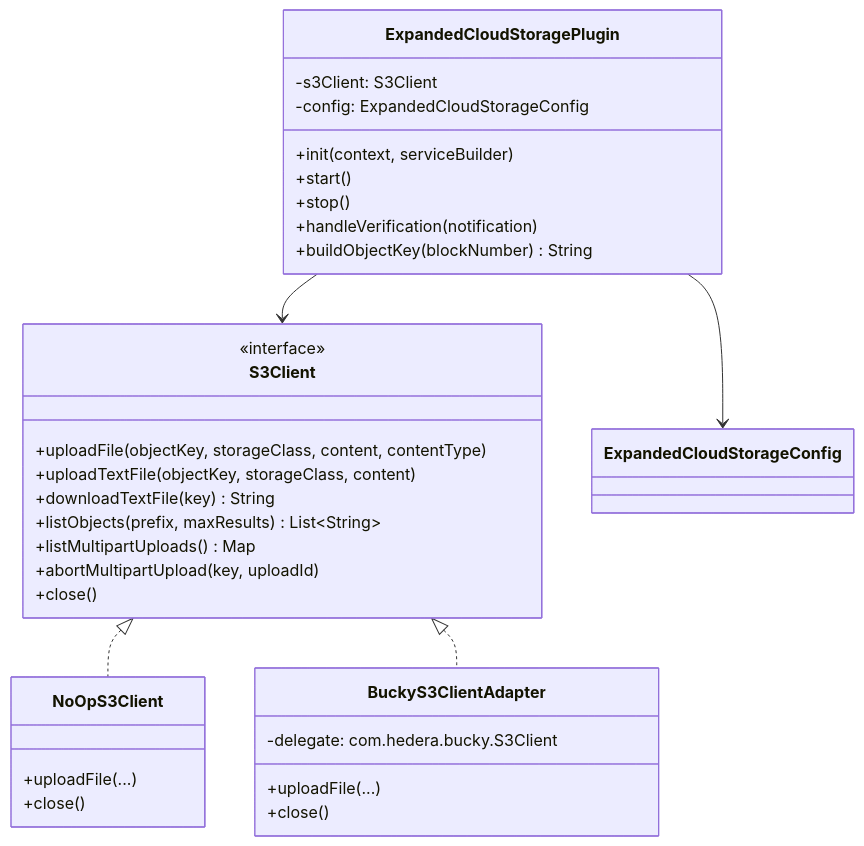
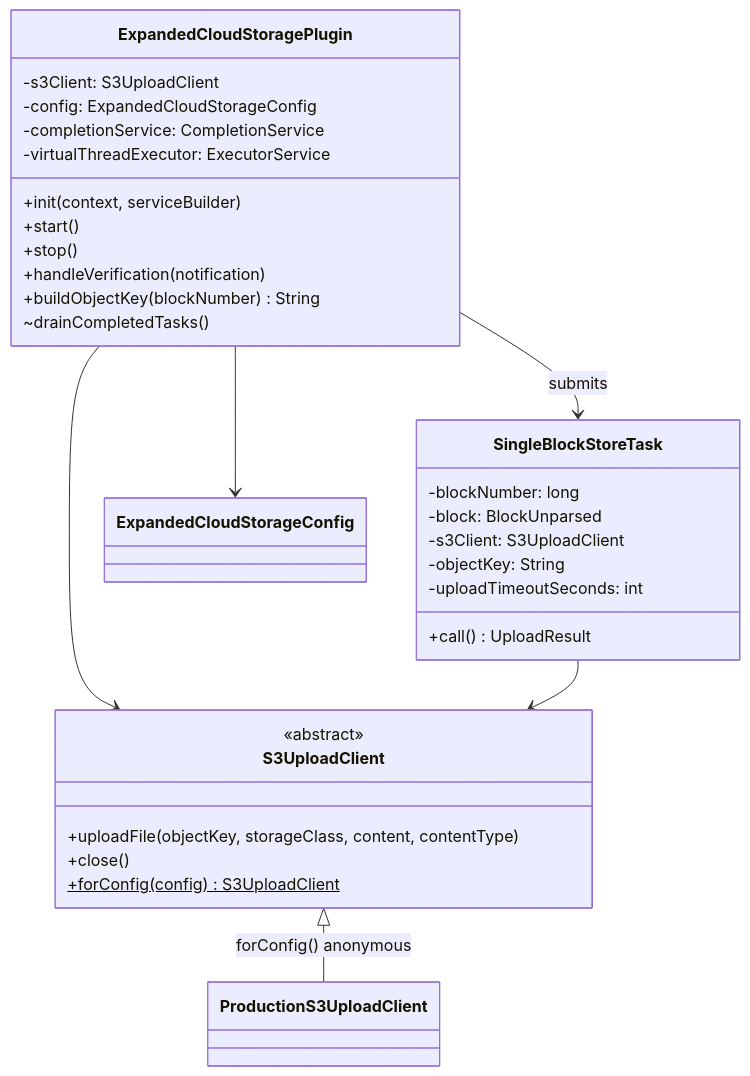
One commit to hiero-ledger/hiero-block-node changed the second of 2 diagrams in docs/design/persistence/expanded-cloud-storage.md. Above: the diagram before and after it, drawn with Mermaid. The commit also changed other lines of this file, not shown here.

First line of the commit message:
docs: update expanded-cloud-storage design doc to match current implementation

````diff
--- a/docs/design/persistence/expanded-cloud-storage.md
+++ b/docs/design/persistence/expanded-cloud-storage.md
@@ -196,35 +208,34 @@
 ```mermaid
 classDiagram
-    class S3Client {
-        <<interface>>
+    class S3UploadClient {
+        <<abstract>>
         +uploadFile(objectKey, storageClass, content, contentType)
-        +uploadTextFile(objectKey, storageClass, content)
-        +downloadTextFile(key) String
-        +listObjects(prefix, maxResults) List~String~
-        +listMultipartUploads() Map
-        +abortMultipartUpload(key, uploadId)
         +close()
-    }
-    class NoOpS3Client {
-        +uploadFile(...)
-        +close()
-    }
-    class BuckyS3ClientAdapter {
-        -delegate: com.hedera.bucky.S3Client
-        +uploadFile(...)
-        +close()
+        +forConfig(config)$ S3UploadClient
     }
     class ExpandedCloudStoragePlugin {
-        -s3Client: S3Client
+        -s3Client: S3UploadClient
         -config: ExpandedCloudStorageConfig
+        -completionService: CompletionService
+        -virtualThreadExecutor: ExecutorService
         +init(context, serviceBuilder)
         +start()
         +stop()
         +handleVerification(notification)
         +buildObjectKey(blockNumber) String
+        ~drainCompletedTasks()
     }
-    S3Client <|.. NoOpS3Client
-    S3Client <|.. BuckyS3ClientAdapter
-    ExpandedCloudStoragePlugin --> S3Client
+    class SingleBlockStoreTask {
+        -blockNumber: long
+        -block: BlockUnparsed
+        -s3Client: S3UploadClient
+        -objectKey: String
+        -uploadTimeoutSeconds: int
+        +call() UploadResult
+    }
+    S3UploadClient <|-- ProductionS3UploadClient : forConfig() anonymous
+    ExpandedCloudStoragePlugin --> S3UploadClient
+    ExpandedCloudStoragePlugin --> SingleBlockStoreTask : submits
+    SingleBlockStoreTask --> S3UploadClient
     ExpandedCloudStoragePlugin --> ExpandedCloudStorageConfig
 ```
````
